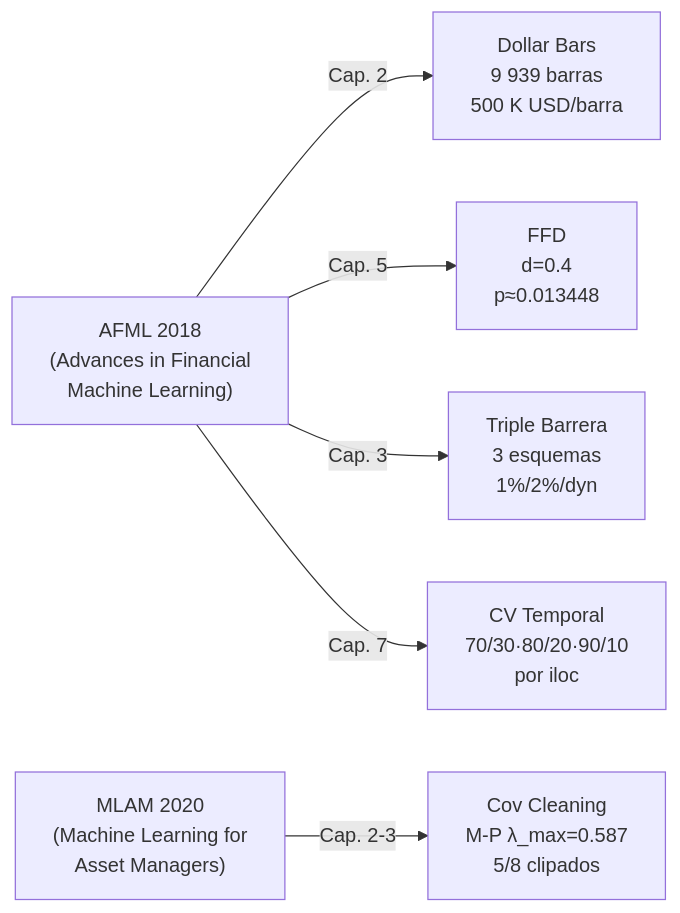
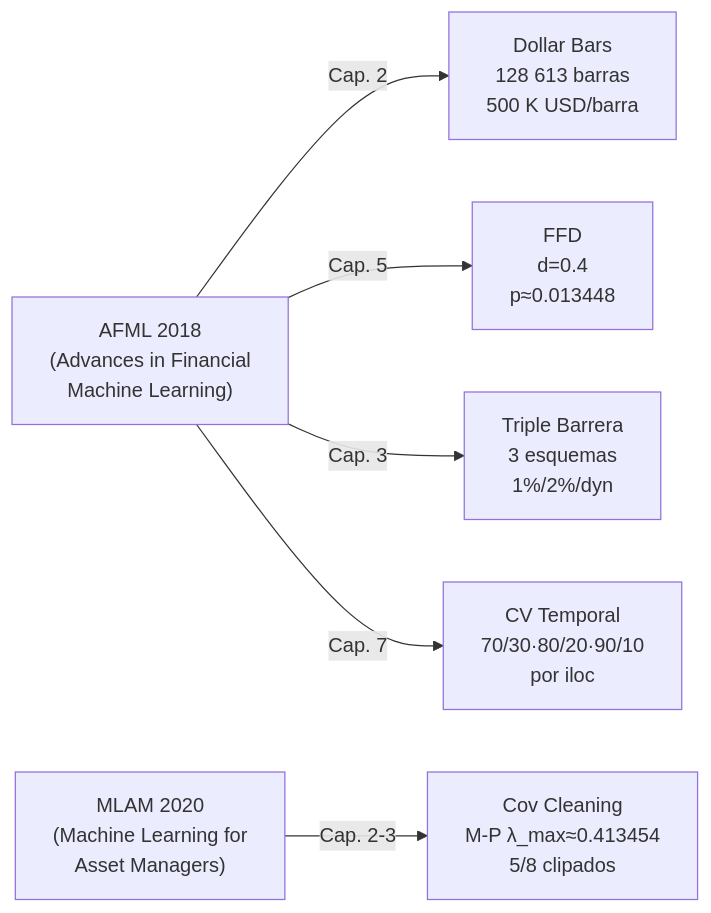
One commit to Romequinco/TAREA_PROCESADO_DATOS_FINANCIEROS_PARA_MACHINE_LEARNING changed the second of 2 diagrams in docs/DEFENSA_ORAL.md. Above: the diagram before and after it, drawn with Mermaid. The commit also changed other lines of this file and 2 other files, not shown here.

````diff
--- a/docs/DEFENSA_ORAL.md
+++ b/docs/DEFENSA_ORAL.md
@@ -149,11 +149,11 @@
 ```mermaid
 flowchart LR
     AFML["AFML 2018\n(Advances in Financial\nMachine Learning)"]
     MLAM["MLAM 2020\n(Machine Learning for\nAsset Managers)"]
 
-    AFML -->|Cap. 2| B["Dollar Bars\n9 939 barras\n500 K USD/barra"]
+    AFML -->|Cap. 2| B["Dollar Bars\n128 613 barras\n500 K USD/barra"]
     AFML -->|Cap. 5| C["FFD\nd=0.4\np≈0.013448"]
     AFML -->|Cap. 3| D["Triple Barrera\n3 esquemas\n1%/2%/dyn"]
     AFML -->|Cap. 7| E["CV Temporal\n70/30·80/20·90/10\npor iloc"]
-    MLAM -->|Cap. 2-3| F["Cov Cleaning\nM-P λ_max=0.587\n5/8 clipados"]
+    MLAM -->|Cap. 2-3| F["Cov Cleaning\nM-P λ_max≈0.413454\n5/8 clipados"]
 ```
````
